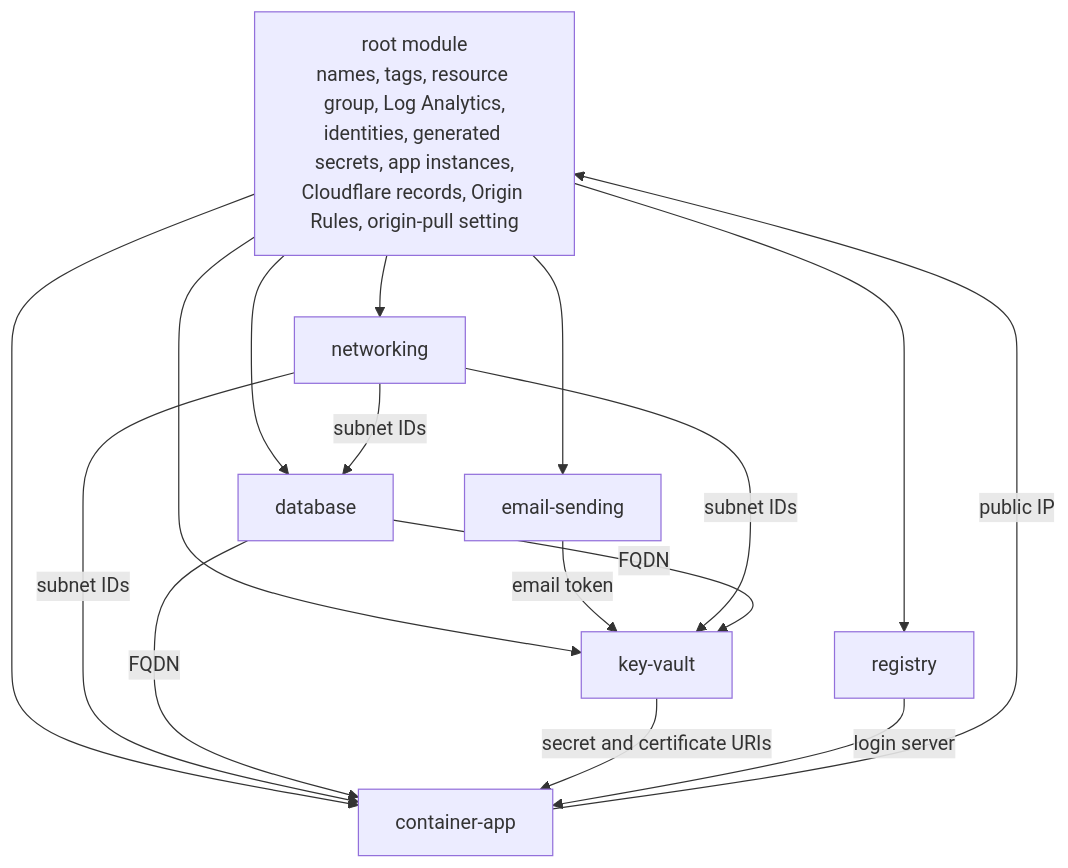
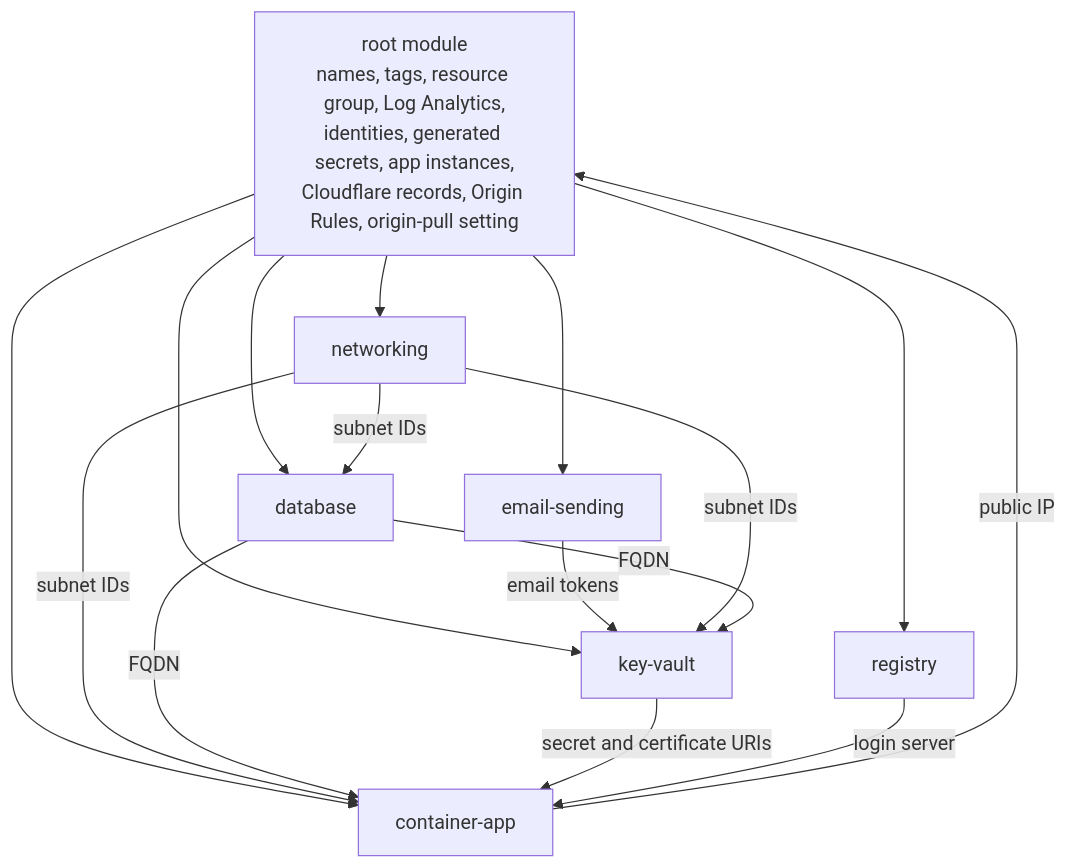
One commit to biffkittz/login-app changed the third of 3 diagrams in infra/docs/ARCHITECTURE.md. Above: the diagram before and after it, drawn with Mermaid. The commit also changed other lines of this file and 25 other files, not shown here.

````diff
--- a/infra/docs/ARCHITECTURE.md
+++ b/infra/docs/ARCHITECTURE.md
@@ -234,18 +237,18 @@
 ```mermaid
 flowchart TD
   root["root module<br/>names, tags, resource group, Log Analytics,<br/>identities, generated secrets, app instances,<br/>Cloudflare records, Origin Rules, origin-pull setting"]
   net[networking]
   reg[registry]
   db[database]
   kvm[key-vault]
   aca[container-app]
   mail[email-sending]
   root --> net & reg & db & kvm & aca & mail
-  mail -->|email token| kvm
+  mail -->|email tokens| kvm
   net -->|subnet IDs| db & aca & kvm
   db -->|FQDN| kvm
   db -->|FQDN| aca
   kvm -->|secret and certificate URIs| aca
   reg -->|login server| aca
   aca -->|public IP| root
 ```
````
